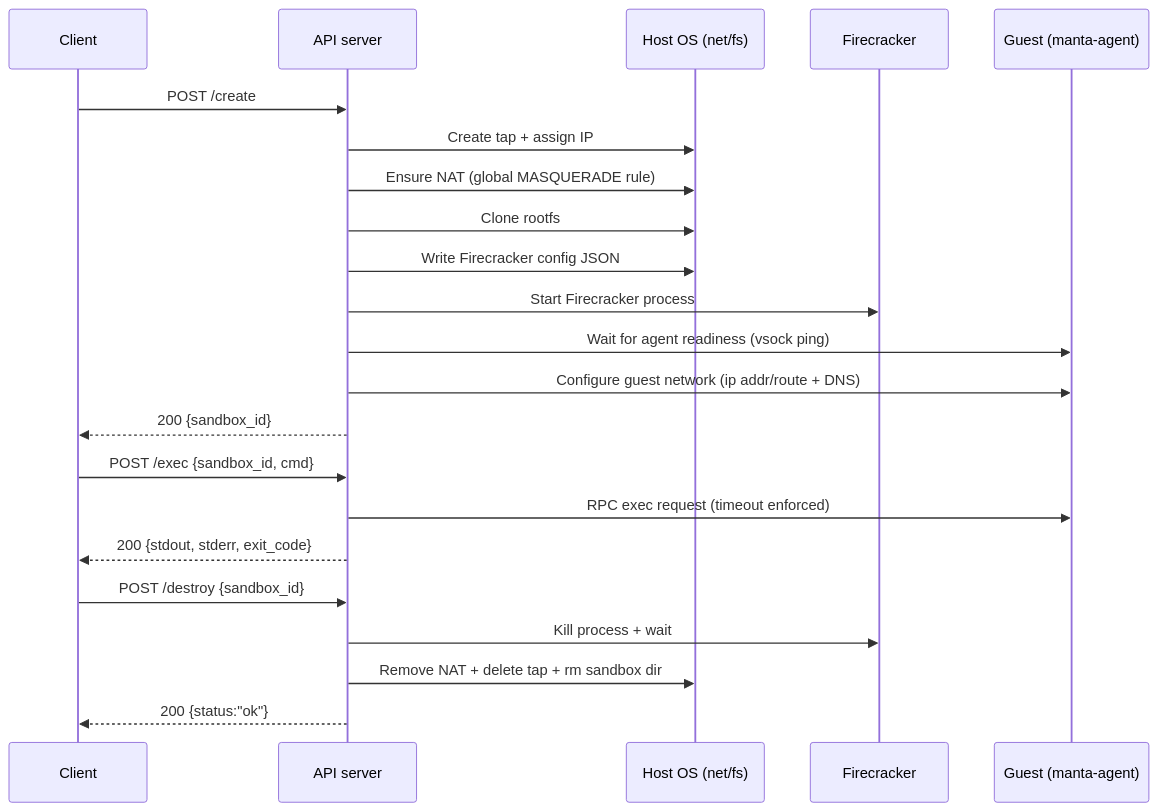
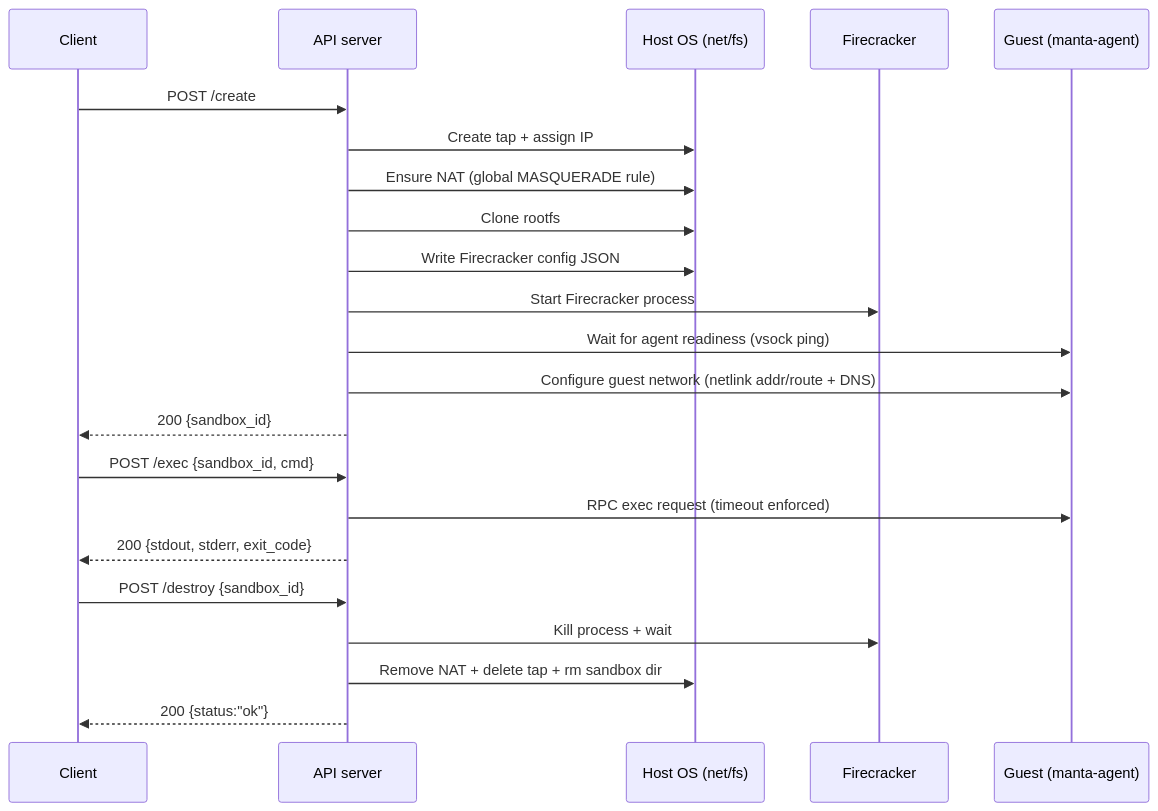
Before and after one commit to jy-tan/manta: the second of 3 diagrams in docs/architecture.md, drawn with Mermaid. The commit also changed other lines of this file and 2 other files, not shown here.

Commit message:
Use in-guest net config via netlink

````diff
--- a/docs/architecture.md
+++ b/docs/architecture.md
@@ -88,27 +88,27 @@
 ```mermaid
 sequenceDiagram
   participant C as Client
   participant S as API server
   participant H as Host OS (net/fs)
   participant F as Firecracker
   participant G as Guest (manta-agent)
 
   C->>S: POST /create
   S->>H: Create tap + assign IP
   S->>H: Ensure NAT (global MASQUERADE rule)
   S->>H: Clone rootfs
   S->>H: Write Firecracker config JSON
   S->>F: Start Firecracker process
   S->>G: Wait for agent readiness (vsock ping)
-  S->>G: Configure guest network (ip addr/route + DNS)
+  S->>G: Configure guest network (netlink addr/route + DNS)
   S-->>C: 200 {sandbox_id}
 
   C->>S: POST /exec {sandbox_id, cmd}
   S->>G: RPC exec request (timeout enforced)
   S-->>C: 200 {stdout, stderr, exit_code}
 
   C->>S: POST /destroy {sandbox_id}
   S->>F: Kill process + wait
   S->>H: Remove NAT + delete tap + rm sandbox dir
   S-->>C: 200 {status:"ok"}
 ```
````
